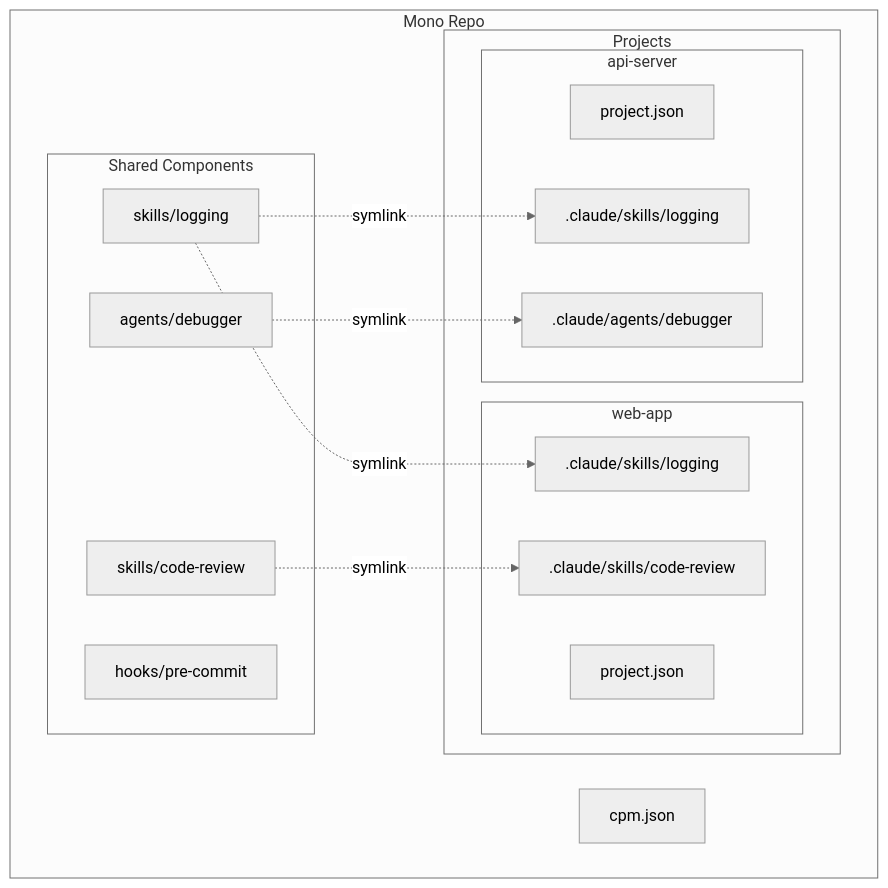
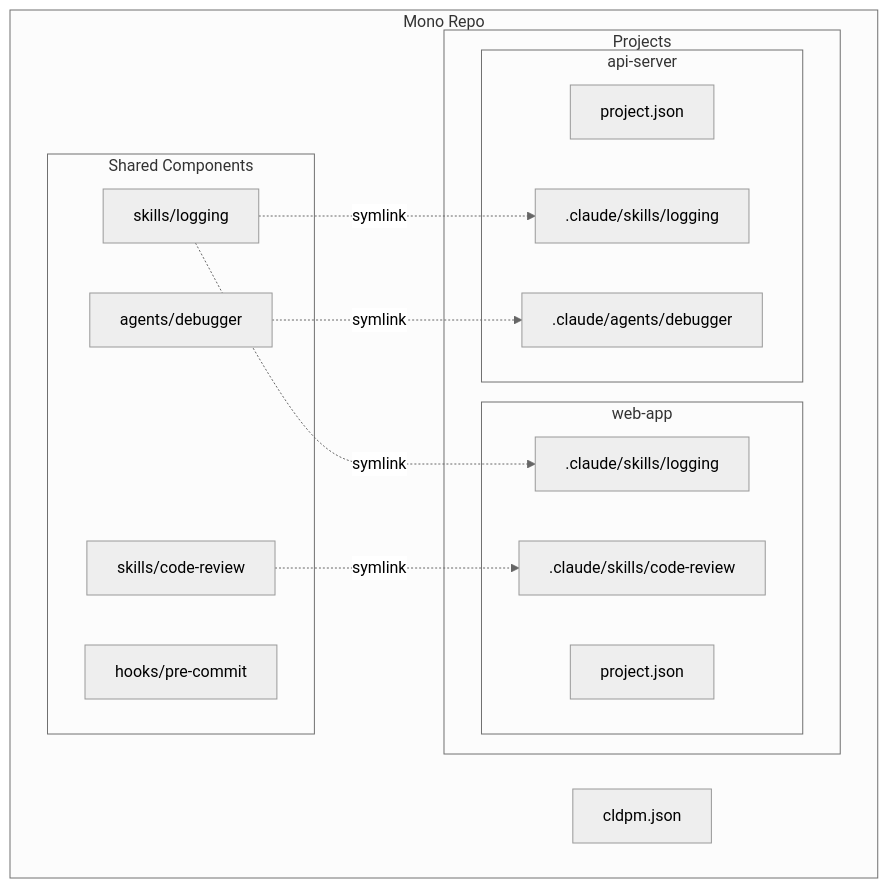
Before and after one commit to transilienceai/cldpm: the first of 3 diagrams in python/README.md, drawn with Mermaid (neutral theme). The commit also changed other lines of this file and 148 other files, not shown here.

Commit message:
chore: update the package name from cpm to cldpm

````diff
--- a/python/README.md
+++ b/python/README.md
@@ -12,32 +12,32 @@
 ```mermaid
 graph TB
     subgraph "Mono Repo"
-        CPM[cpm.json]
+        CLDPM[cldpm.json]
 
         subgraph "Shared Components"
             S1[skills/logging]
             S2[skills/code-review]
             A1[agents/debugger]
             H1[hooks/pre-commit]
         end
 
         subgraph "Projects"
             subgraph "web-app"
                 P1[project.json]
                 C1[.claude/skills/logging]
                 C2[.claude/skills/code-review]
             end
 
             subgraph "api-server"
                 P2[project.json]
                 C3[.claude/skills/logging]
                 C4[.claude/agents/debugger]
             end
         end
     end
 
     S1 -.->|symlink| C1
     S1 -.->|symlink| C3
     S2 -.->|symlink| C2
     A1 -.->|symlink| C4
 ```
````
